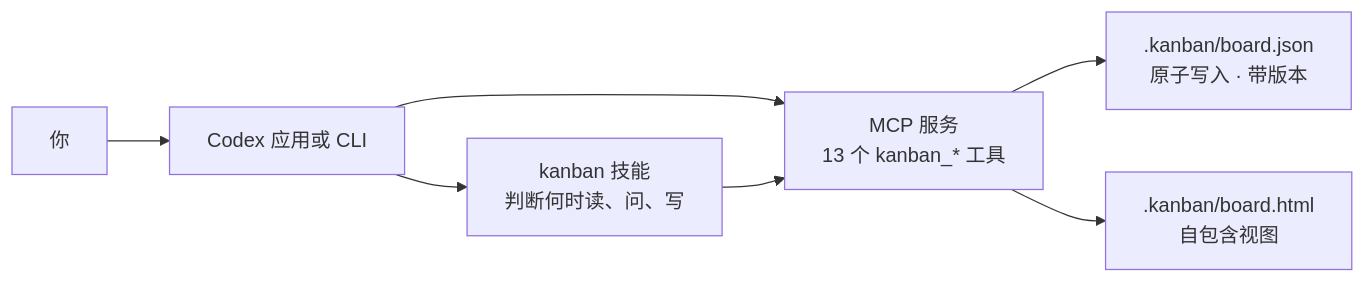
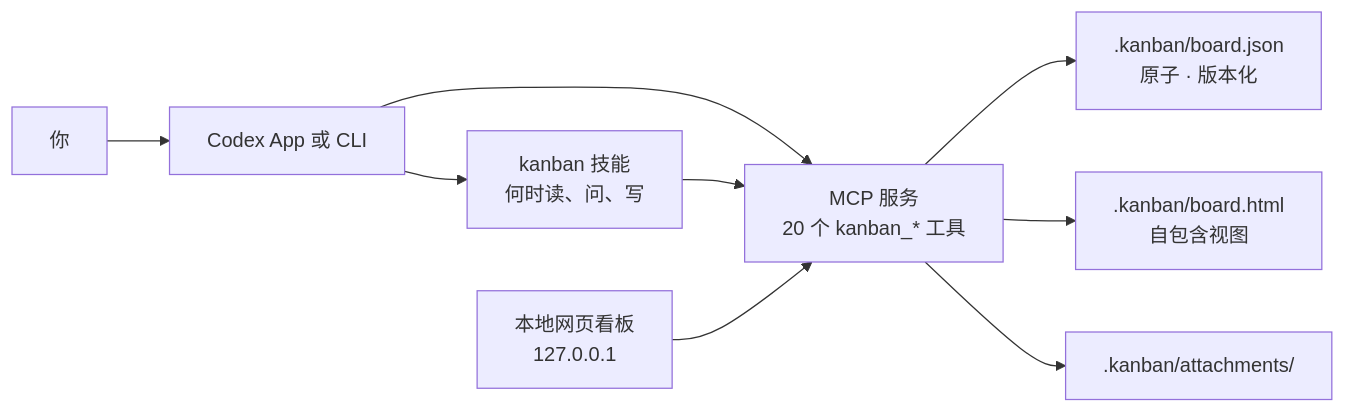
One commit to SilasSolivagus/codex-kanban changed the diagram in README.zh-CN.md. Above: the diagram before and after it, drawn with Mermaid. The commit also changed other lines of this file and 2 other files, not shown here.

````diff
--- a/README.zh-CN.md
+++ b/README.zh-CN.md
@@ -147,9 +157,11 @@
 ```mermaid
 flowchart LR
-  U[你] --> A[Codex 应用或 CLI]
-  A --> S[kanban 技能<br/>判断何时读、问、写]
-  A --> M[MCP 服务<br/>13 个 kanban_* 工具]
+  U[你] --> A[Codex App 或 CLI]
+  A --> S[kanban 技能<br/>何时读、问、写]
+  A --> M[MCP 服务<br/>20 个 kanban_* 工具]
   S --> M
-  M --> B[".kanban/board.json<br/>原子写入 · 带版本"]
+  W[本地网页看板<br/>127.0.0.1] --> M
+  M --> B[".kanban/board.json<br/>原子 · 版本化"]
   M --> H[".kanban/board.html<br/>自包含视图"]
+  M --> F[".kanban/attachments/"]
 ```
````
